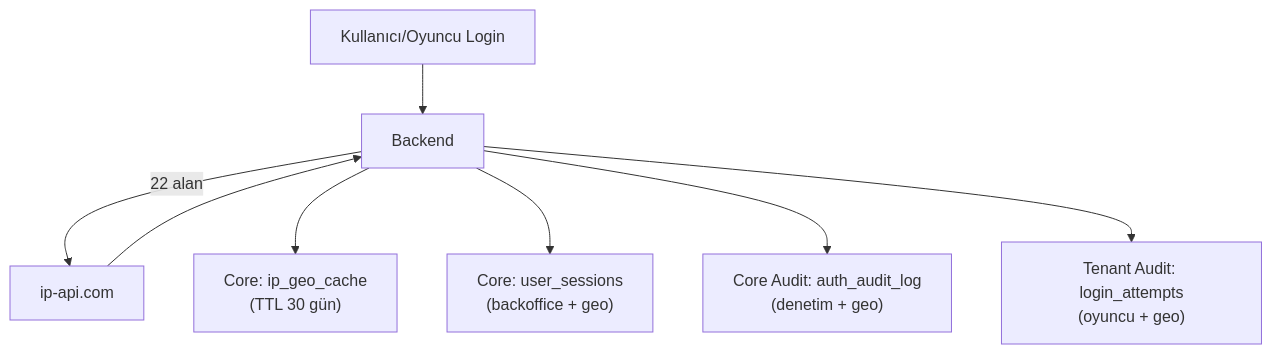
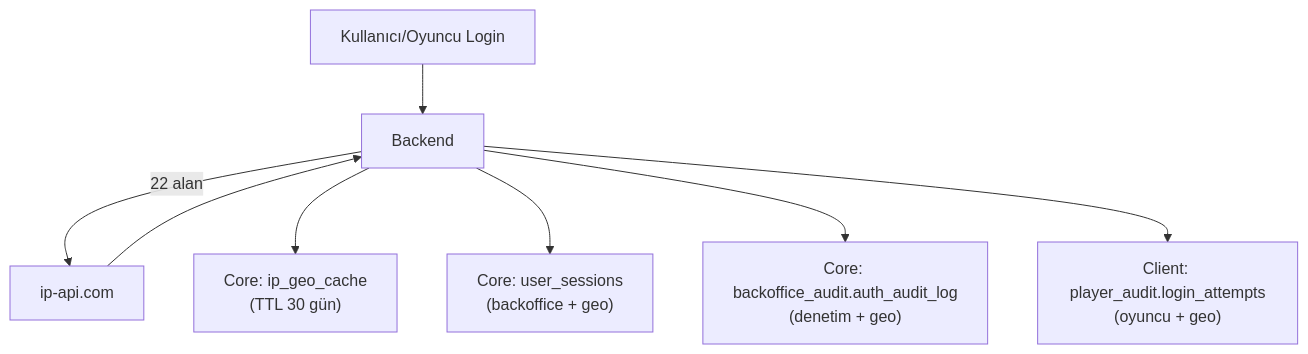
Before and after one commit to frhtshn/One.DB: the fourth of 5 diagrams in .docs/reference/PROJECT_OVERVIEW.md, drawn with Mermaid. The commit also changed other lines of this file and 442 other files, not shown here.

First line of the commit message:
Nucleo → Sortis One ve tenant → client içerik güncellemeleri

````diff
--- a/.docs/reference/PROJECT_OVERVIEW.md
+++ b/.docs/reference/PROJECT_OVERVIEW.md
@@ -270,10 +268,10 @@
 ```mermaid
 flowchart TD
     L["Kullanıcı/Oyuncu Login"] --> BE["Backend"]
     BE -- "22 alan" --> IP["ip-api.com"]
     IP --> BE
     BE --> G1["Core: ip_geo_cache<br/>(TTL 30 gün)"]
     BE --> G2["Core: user_sessions<br/>(backoffice + geo)"]
-    BE --> G3["Core Audit: auth_audit_log<br/>(denetim + geo)"]
-    BE --> G4["Tenant Audit: login_attempts<br/>(oyuncu + geo)"]
+    BE --> G3["Core: backoffice_audit.auth_audit_log<br/>(denetim + geo)"]
+    BE --> G4["Client: player_audit.login_attempts<br/>(oyuncu + geo)"]
 ```
````
